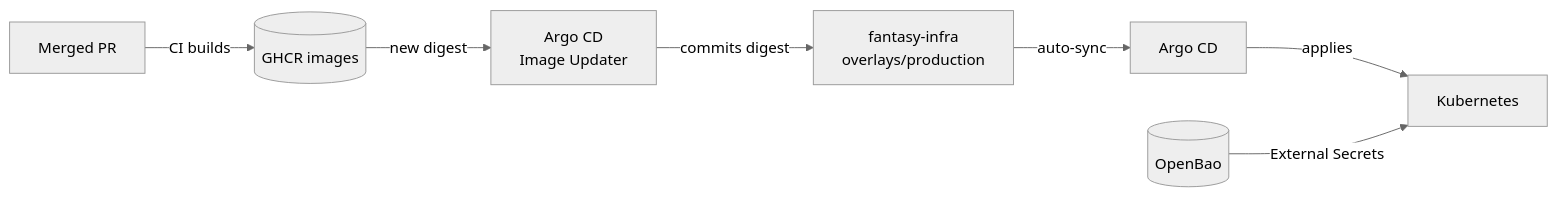
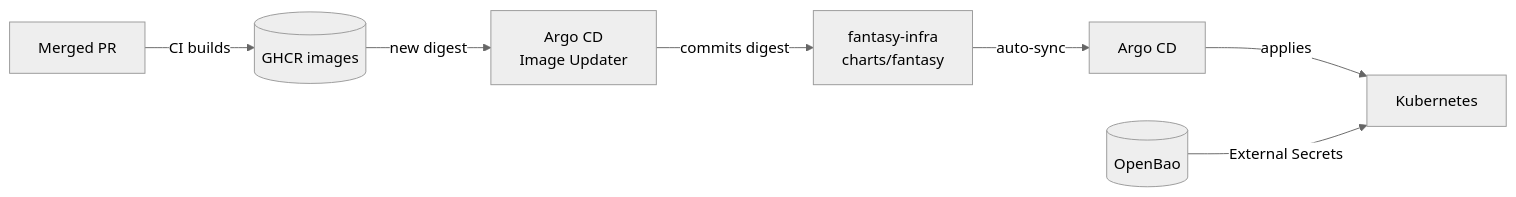
Before and after one commit to cvillarr23/fantasy-project: the second of 2 diagrams in docs/overview/architecture.md, drawn with Mermaid (neutral theme). The commit also changed other lines of this file and 7 other files, not shown here.

First line of the commit message:
Read production's environment from fantasy-infra's rendered Helm chart (#117)

````diff
--- a/docs/overview/architecture.md
+++ b/docs/overview/architecture.md
@@ -103,9 +103,9 @@
 ```mermaid
 flowchart LR
     pr[Merged PR] -->|CI builds| ghcr[(GHCR images)]
     ghcr -->|new digest| iu[Argo CD<br/>Image Updater]
-    iu -->|commits digest| infra[fantasy-infra<br/>overlays/production]
+    iu -->|commits digest| infra[fantasy-infra<br/>charts/fantasy]
     infra -->|auto-sync| argo[Argo CD]
     argo -->|applies| k8s[Kubernetes]
     bao[(OpenBao)] -->|External Secrets| k8s
 ```
````
